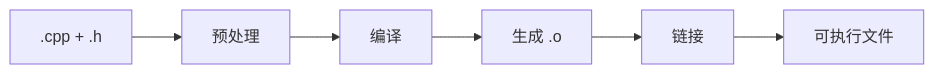
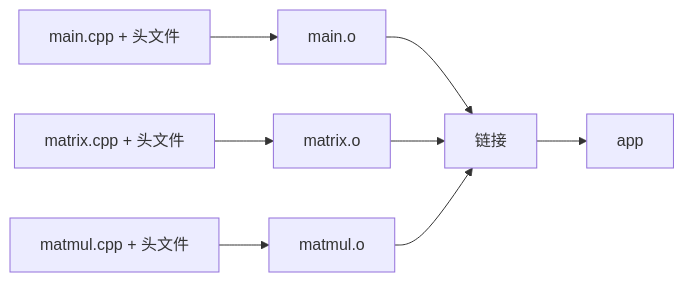
Before and after one commit to LittlehamsterXu/blog: the first of 2 diagrams in content/posts/cpp-to-cuda.md, drawn with Mermaid. The commit also changed other lines of this file, not shown here.

Commit message:
post: explain why tiling did not speed up matmul

````diff
--- a/content/posts/cpp-to-cuda.md
+++ b/content/posts/cpp-to-cuda.md
@@ -94,4 +151,10 @@
-```mermaid
+~~~mermaid
 flowchart LR
-    A[.cpp + .h] --> B[预处理] --> C[编译] --> D[生成 .o] --> E[链接] --> F[可执行文件]
-```
+    A["main.cpp + 头文件"] --> D["main.o"]
+    B["matrix.cpp + 头文件"] --> E["matrix.o"]
+    C["matmul.cpp + 头文件"] --> F["matmul.o"]
+    D --> G["链接"]
+    E --> G
+    F --> G
+    G --> H["app"]
+~~~
````
